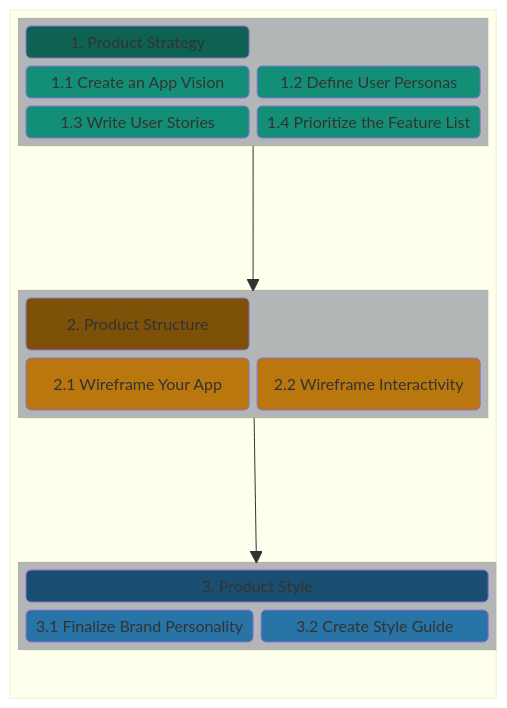
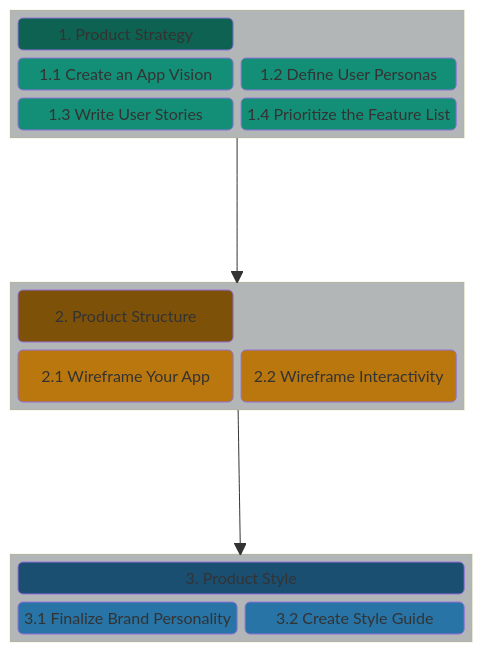
The first of 3 diagrams in docs/resources/techresources/uiux.md (chingu-voyages/Handbook), drawn with Mermaid before and after one commit.

Commit message:
Feature: Remove container block from Mermaid diagram

````diff
--- a/docs/resources/techresources/uiux.md
+++ b/docs/resources/techresources/uiux.md
@@ -15,50 +15,47 @@
 ```mermaid
 block-beta
 columns 1
-  block
-    columns 1
-    block:STRATEGY
-      columns 2
-      A("1. Product Strategy"):2
-      B("1.1 Create an App Vision")
-      C("1.2 Define User Personas")
-      D("1.3 Write User Stories")
-      E("1.4 Prioritize the Feature List")
-    end
-    space
-    block:STRUCTURE
-      columns 2
-      G("2. Product Structure"):2
-      J("2.1 Wireframe Your App")
-      L("2.2 Wireframe Interactivity")
-    end
-    space
-    STRATEGY --> STRUCTURE
-    block:STYLE
-      columns 2
-      M("3. Product Style"):2
-      N("3.1 Finalize Brand Personality")
-      O("3.2 Create Style Guide")
-    end
+  block:STRATEGY
+    columns 2
+    A("1. Product Strategy"):2
+    B("1.1 Create an App Vision")
+    C("1.2 Define User Personas")
+    D("1.3 Write User Stories")
+    E("1.4 Prioritize the Feature List")
+  end
+  space
+  block:STRUCTURE
+    columns 2
+    G("2. Product Structure"):2
+    J("2.1 Wireframe Your App")
+    L("2.2 Wireframe Interactivity")
+  end
+  space
+  STRATEGY --> STRUCTURE
+  block:STYLE
+    columns 2
+    M("3. Product Style"):2
+    N("3.1 Finalize Brand Personality")
+    O("3.2 Create Style Guide")
   end
 
   STRUCTURE --> STYLE
   
   style A fill:#0e6251
   style B fill:#148f77
   style C fill:#148f77
   style D fill:#148f77
   style E fill:#148f77
 
   style G fill:#7e5109
   style J fill:#b9770e
   style L fill:#b9770e
 
   style M fill:#1b4f72
   style N fill:#2874a6
   style O fill:#2874a6
 
   style STRATEGY fill:#b3b6b7
   style STRUCTURE fill:#b3b6b7
   style STYLE fill:#b3b6b7
 ```
````
